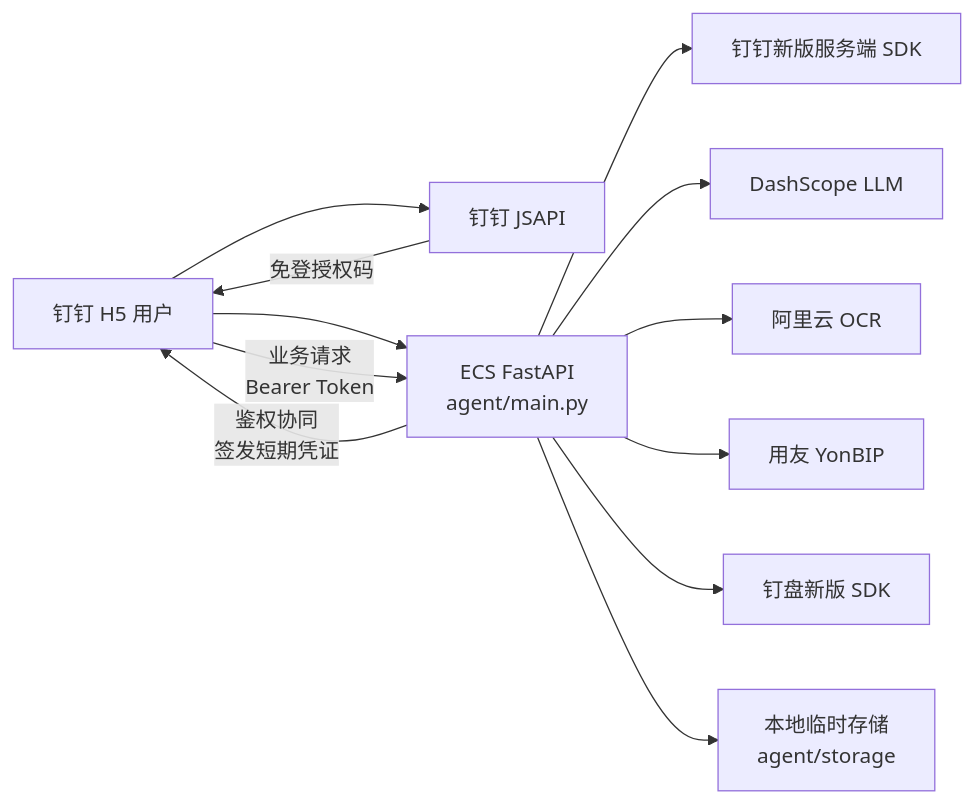
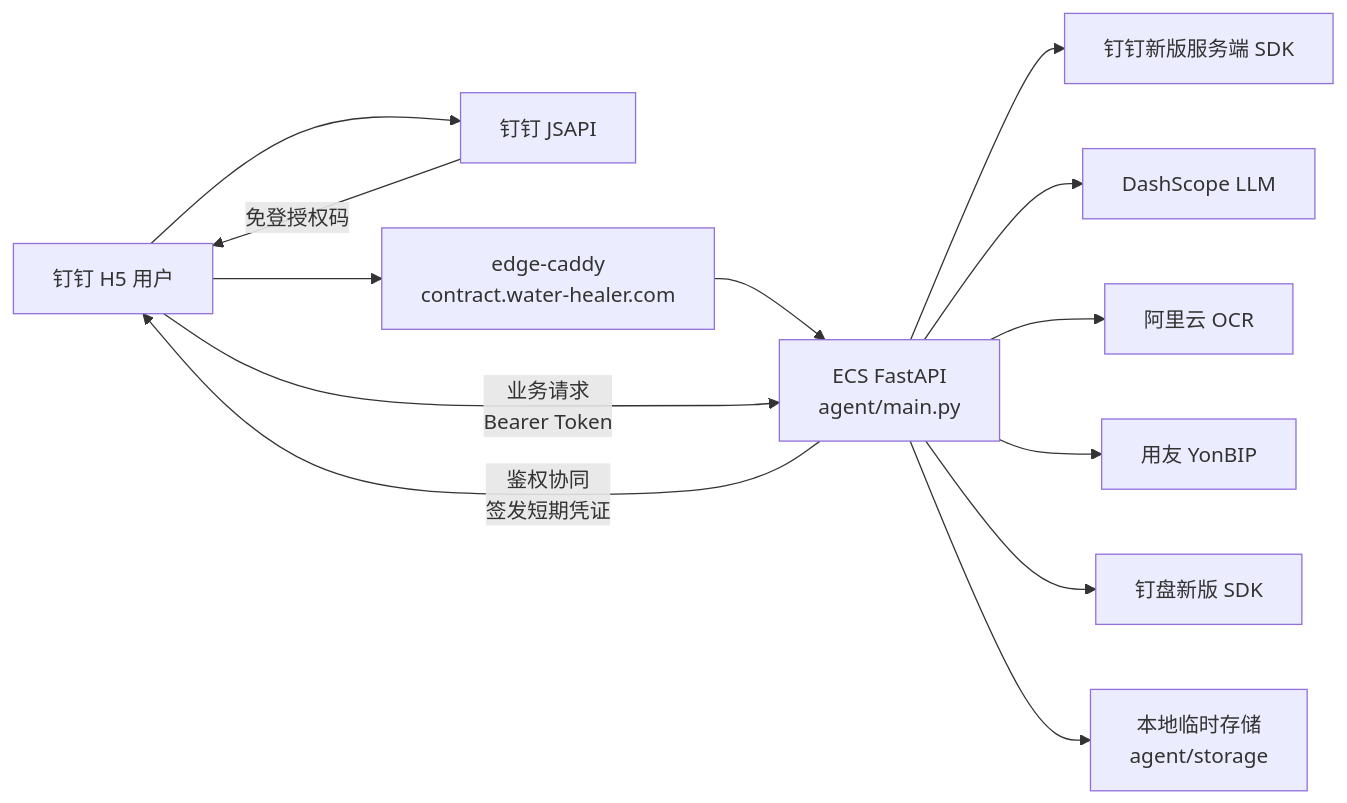
One commit to yuqingyang3019-cyber/hetong changed the first of 4 diagrams in SPEC/ARCHITECTURE.md. Above: the diagram before and after it, drawn with Mermaid. The commit also changed other lines of this file and 1 other file, not shown here.

Commit message:
feat: route contract service through edge caddy

````diff
--- a/SPEC/ARCHITECTURE.md
+++ b/SPEC/ARCHITECTURE.md
@@ -35,14 +36,15 @@
 ```mermaid
 flowchart LR
   user["钉钉 H5 用户"] --> jsapi["钉钉 JSAPI"]
-  user --> app["ECS FastAPI\nagent/main.py"]
+  user --> gateway["edge-caddy\ncontract.water-healer.com"]
+  gateway --> app["ECS FastAPI\nagent/main.py"]
   app -->|"鉴权协同\n签发短期凭证"| user
   app --> dingtalk["钉钉新版服务端 SDK"]
   user -->|"业务请求\nBearer Token"| app
   jsapi -->|"免登授权码"| user
   app --> dashscope["DashScope LLM"]
   app --> aliyunOcr["阿里云 OCR"]
   app --> yonbip["用友 YonBIP"]
   app --> dingdrive["钉盘新版 SDK"]
   app --> localStorage["本地临时存储\nagent/storage"]
 ```
````
